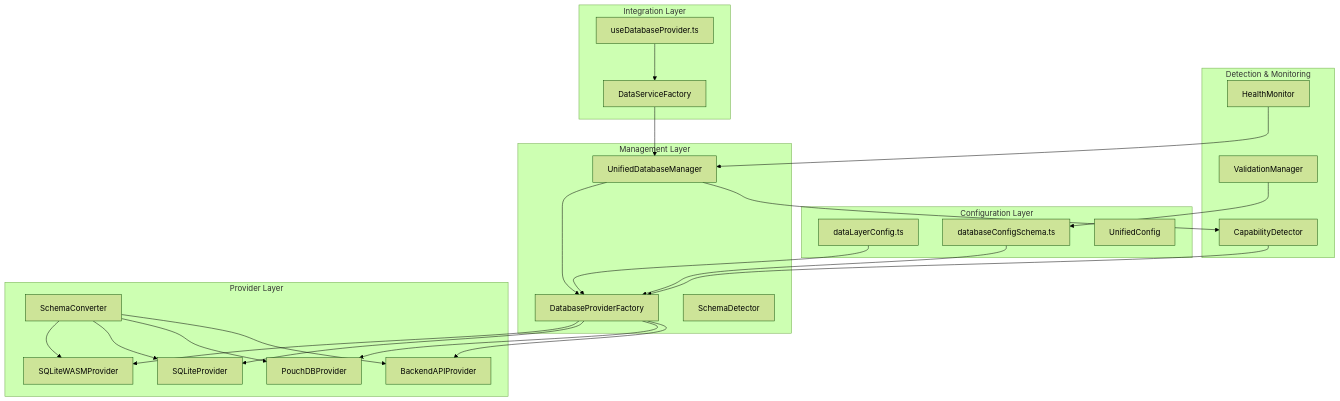
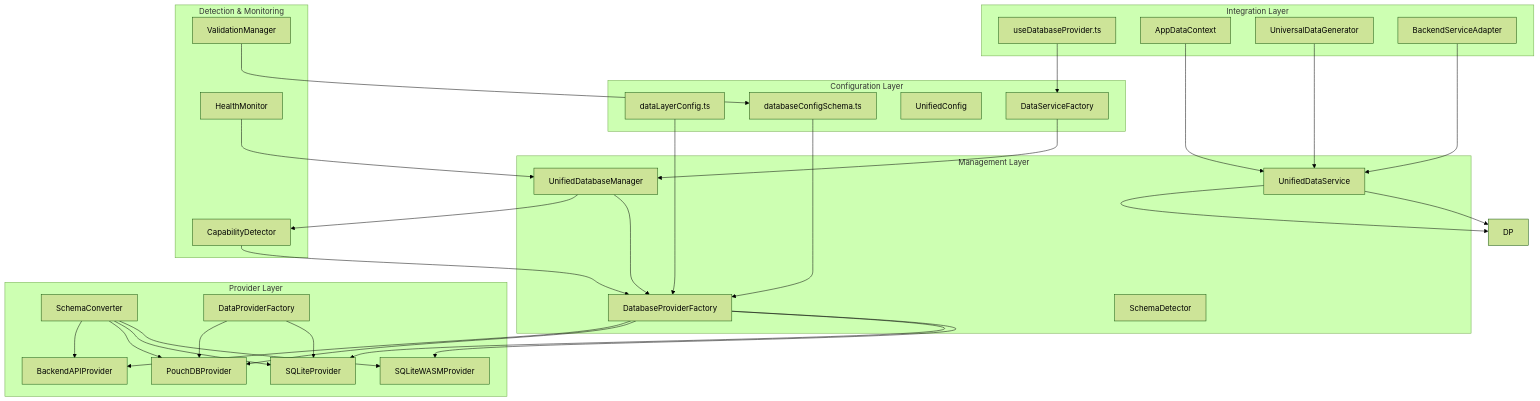
The first of 2 diagrams in .qoder/repowiki/en/content/Architecture Overview/Data Layer Architecture.md (geniusdynamics/schoolpilot), drawn with Mermaid (forest theme) before and after one commit. The commit also changed other lines of this file and 21 other files, not shown here.

````diff
--- a/.qoder/repowiki/en/content/Architecture Overview/Data Layer Architecture.md
+++ b/.qoder/repowiki/en/content/Architecture Overview/Data Layer Architecture.md
@@ -56,46 +66,58 @@
 ```mermaid
 graph TB
 subgraph "Configuration Layer"
 DLC["dataLayerConfig.ts"]
 DCS["databaseConfigSchema.ts"]
 UC["UnifiedConfig"]
+DSF["DataServiceFactory"]
 end
 subgraph "Management Layer"
 UDM["UnifiedDatabaseManager"]
 DPF["DatabaseProviderFactory"]
 SD["SchemaDetector"]
+UDS["UnifiedDataService"]
 end
 subgraph "Provider Layer"
 SWP["SQLiteWASMProvider"]
 SP["SQLiteProvider"]
 PDP["PouchDBProvider"]
 BAP["BackendAPIProvider"]
 SC["SchemaConverter"]
+DPF2["DataProviderFactory"]
 end
 subgraph "Detection & Monitoring"
 CD["CapabilityDetector"]
 HM["HealthMonitor"]
 VM["ValidationManager"]
 end
 subgraph "Integration Layer"
 UDP["useDatabaseProvider.ts"]
-DSF["DataServiceFactory"]
+ADC["AppDataContext"]
+UDG["UniversalDataGenerator"]
+BSA["BackendServiceAdapter"]
 end
 DLC --> DPF
 DCS --> DPF
 UDM --> DPF
 UDM --> CD
+UDS --> DP
 DPF --> SWP
 DPF --> SP
 DPF --> PDP
 DPF --> BAP
 SC --> SWP
 SC --> SP
 SC --> PDP
 SC --> BAP
 CD --> DPF
 HM --> UDM
 VM --> DCS
 UDP --> DSF
 DSF --> UDM
+UDS --> DP
+DPF2 --> SP
+DPF2 --> PDP
+ADC --> UDS
+UDG --> UDS
+BSA --> UDS
 ```
````
